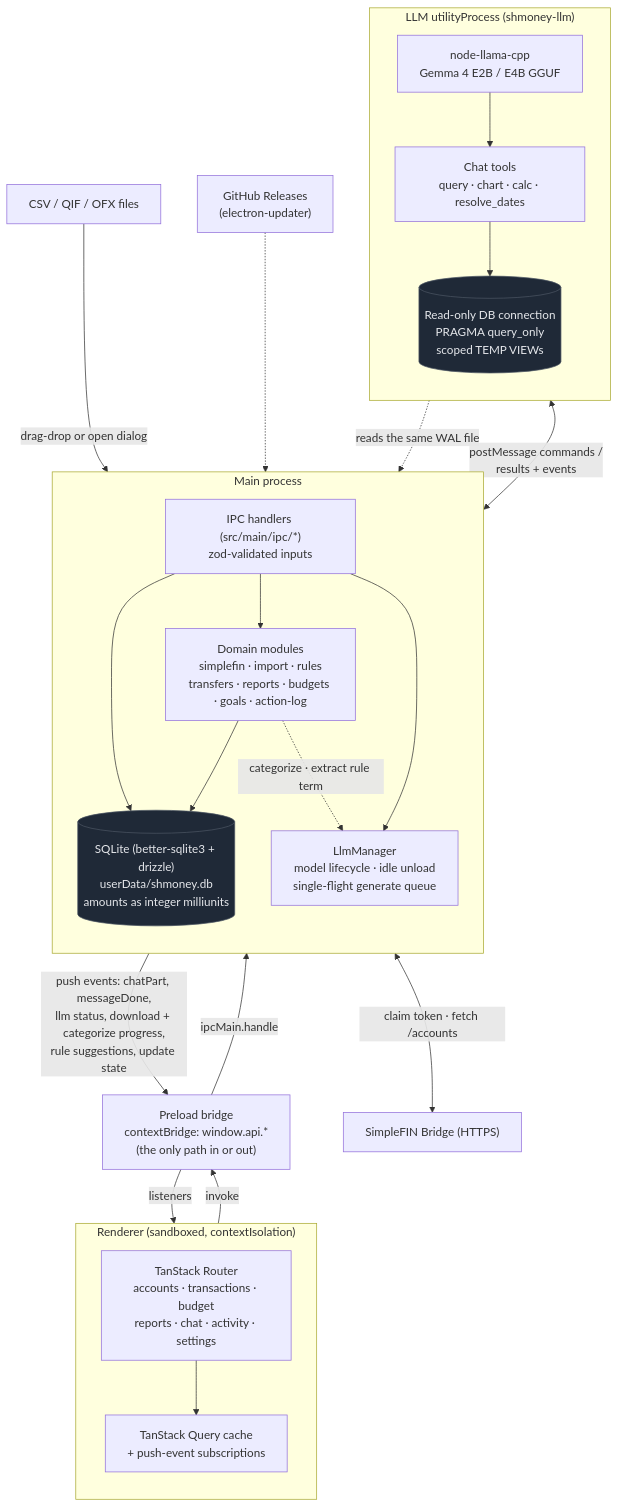
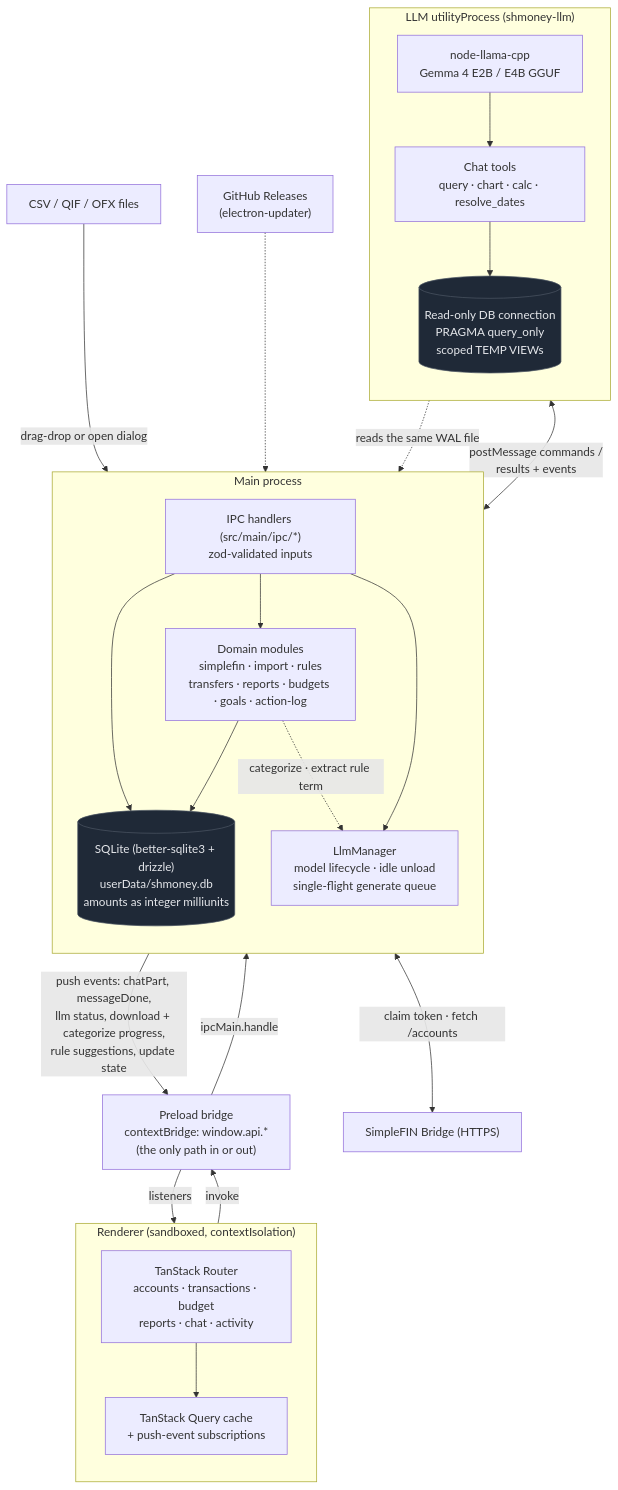
One commit to rafeautie/shmoney changed the first of 6 diagrams in docs/ARCHITECTURE.md. Above: the diagram before and after it, drawn with Mermaid. The commit also changed 21 other files, not shown here.

````diff
--- a/docs/ARCHITECTURE.md
+++ b/docs/ARCHITECTURE.md
@@ -16,50 +16,50 @@
 ```mermaid
 flowchart TB
     subgraph renderer["Renderer (sandboxed, contextIsolation)"]
         direction TB
-        router["TanStack Router<br/>accounts · transactions · budget<br/>reports · chat · activity · settings"]
+        router["TanStack Router<br/>accounts · transactions · budget<br/>reports · chat · activity"]
         rquery["TanStack Query cache<br/>+ push-event subscriptions"]
         router --> rquery
     end
 
     bridge["Preload bridge<br/>contextBridge: window.api.*<br/>(the only path in or out)"]
 
     subgraph main["Main process"]
         direction TB
         ipc["IPC handlers (src/main/ipc/*)<br/>zod-validated inputs"]
         domain["Domain modules<br/>simplefin · import · rules<br/>transfers · reports · budgets · goals · action-log"]
         drizzle[("SQLite (better-sqlite3 + drizzle)<br/>userData/shmoney.db<br/>amounts as integer milliunits")]
         ipc --> domain --> drizzle
         ipc --> drizzle
         llmmgr["LlmManager<br/>model lifecycle · idle unload<br/>single-flight generate queue"]
         ipc --> llmmgr
         domain -.->|"categorize · extract rule term"| llmmgr
     end
 
     subgraph worker["LLM utilityProcess (shmoney-llm)"]
         direction TB
         llama["node-llama-cpp<br/>Gemma 4 E2B / E4B GGUF"]
         tools["Chat tools<br/>query · chart · calc · resolve_dates"]
         readonly[("Read-only DB connection<br/>PRAGMA query_only<br/>scoped TEMP VIEWs")]
         llama --> tools --> readonly
     end
 
     sfin["SimpleFIN Bridge (HTTPS)"]
     files["CSV / QIF / OFX files"]
     gh["GitHub Releases<br/>(electron-updater)"]
 
     rquery -->|"invoke"| bridge
     bridge -->|"ipcMain.handle"| ipc
     ipc -->|"push events: chatPart, messageDone,<br/>llm status, download + categorize progress,<br/>rule suggestions, update state"| bridge
     bridge -->|"listeners"| rquery
 
     domain <-->|"claim token · fetch /accounts"| sfin
     files -->|"drag-drop or open dialog"| ipc
     gh -.-> ipc
 
     llmmgr <-->|"postMessage commands /<br/>results + events"| llama
     readonly -.->|"reads the same WAL file"| drizzle
 
     classDef store fill:#1f2937,stroke:#4b5563,color:#e5e7eb
     class drizzle,readonly store
 ```
````
